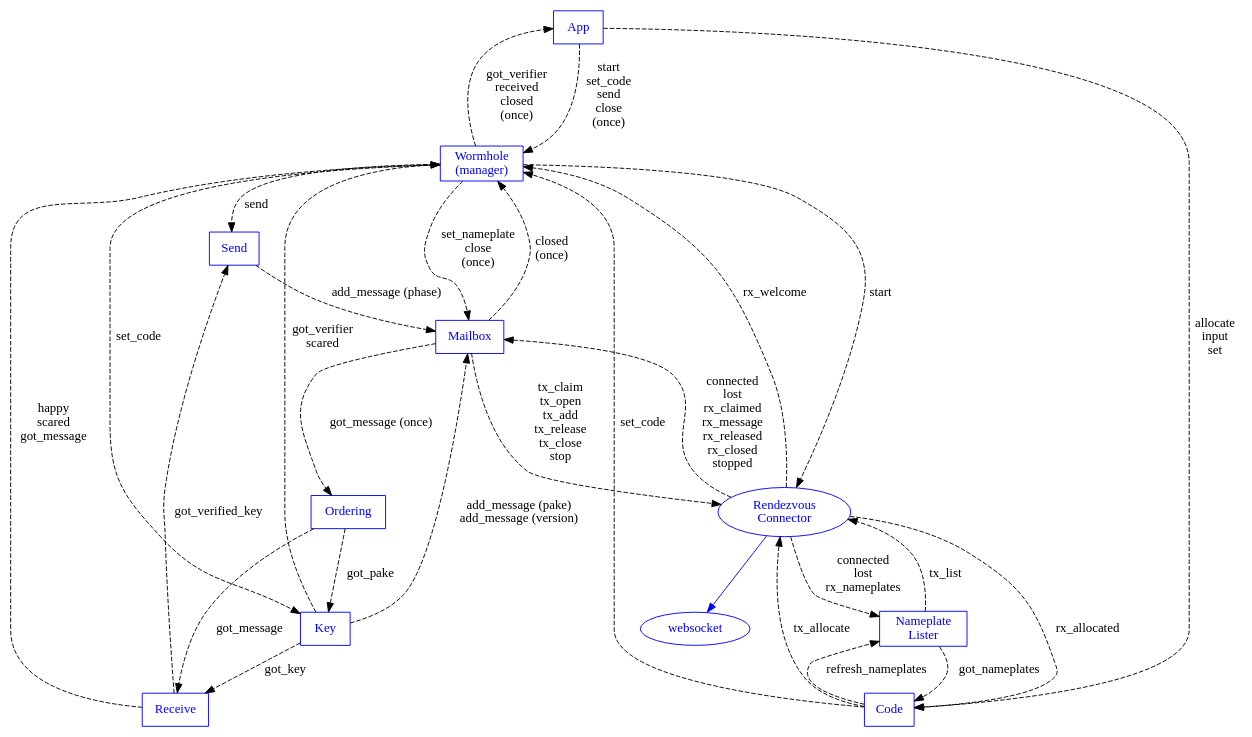
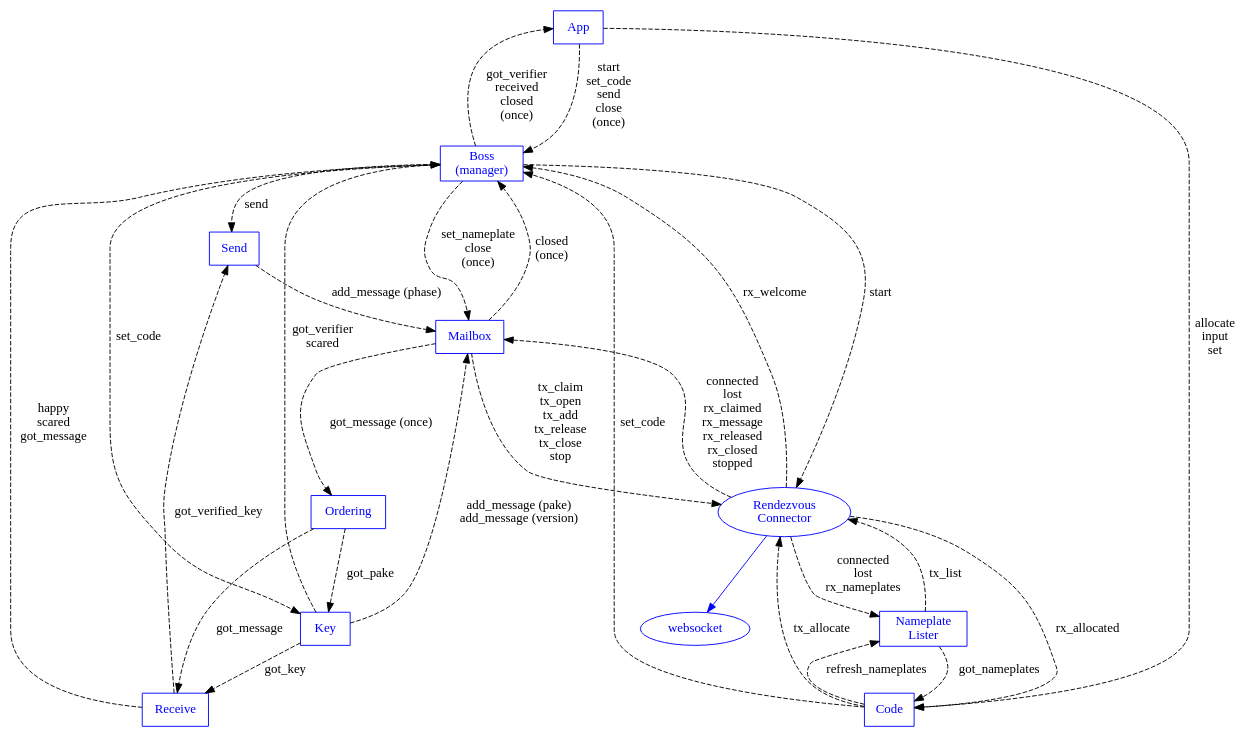
One commit to magic-wormhole/magic-wormhole changed the diagram in docs/machines.dot. Above: the diagram before and after it, drawn with Graphviz. The commit also changed 11 other files, not shown here.

Commit message:
rename Wormhole (machine) to Boss, leave room for higher-level thing

```diff
--- a/docs/machines.dot
+++ b/docs/machines.dot
@@ -1,82 +1,82 @@
 digraph {
         App [shape="box" color="blue" fontcolor="blue"]
-        Wormhole [shape="box" label="Wormhole\n(manager)"
+        Boss [shape="box" label="Boss\n(manager)"
                   color="blue" fontcolor="blue"]
         Mailbox [shape="box" color="blue" fontcolor="blue"]
         Connection [label="Rendezvous\nConnector"
                     shape="oval" color="blue" fontcolor="blue"]
         websocket [color="blue" fontcolor="blue"]
         Order [shape="box" label="Ordering" color="blue" fontcolor="blue"]
         Key [shape="box" label="Key" color="blue" fontcolor="blue"]
         Send [shape="box" label="Send" color="blue" fontcolor="blue"]
         Receive [shape="box" label="Receive" color="blue" fontcolor="blue"]
         Code [shape="box" label="Code" color="blue" fontcolor="blue"]
         Nameplates [shape="box" label="Nameplate\nLister"
                     color="blue" fontcolor="blue"
                     ]
 
         Connection -> websocket [color="blue"]
         #Connection -> Order [color="blue"]
 
-        App -> Wormhole [style="dashed" label="start\nset_code\nsend\nclose\n(once)"]
-        #App -> Wormhole [color="blue"]
-        Wormhole -> App [style="dashed" label="got_verifier\nreceived\nclosed\n(once)"]
+        App -> Boss [style="dashed" label="start\nset_code\nsend\nclose\n(once)"]
+        #App -> Boss [color="blue"]
+        Boss -> App [style="dashed" label="got_verifier\nreceived\nclosed\n(once)"]
 
-        #Wormhole -> Connection [color="blue"]
-        Wormhole -> Connection [style="dashed" label="start"]
-        Connection -> Wormhole [style="dashed" label="rx_welcome"]
+        #Boss -> Connection [color="blue"]
+        Boss -> Connection [style="dashed" label="start"]
+        Connection -> Boss [style="dashed" label="rx_welcome"]
 
-        Wormhole -> Send [style="dashed" label="send"]
+        Boss -> Send [style="dashed" label="send"]
 
-        Wormhole -> Mailbox [style="dashed"
+        Boss -> Mailbox [style="dashed"
                              label="set_nameplate\nclose\n(once)"
                              ]
-        #Wormhole -> Mailbox [color="blue"]
-        Mailbox -> Wormhole [style="dashed" label="closed\n(once)"]
+        #Boss -> Mailbox [color="blue"]
+        Mailbox -> Boss [style="dashed" label="closed\n(once)"]
         Mailbox -> Order [style="dashed" label="got_message (once)"]
-        Wormhole -> Key [style="dashed" label="set_code"]
-        Key -> Wormhole [style="dashed" label="got_verifier\nscared"]
+        Boss -> Key [style="dashed" label="set_code"]
+        Key -> Boss [style="dashed" label="got_verifier\nscared"]
         Order -> Key [style="dashed" label="got_pake"]
         Order -> Receive [style="dashed" label="got_message"]
-        #Wormhole -> Key [color="blue"]
+        #Boss -> Key [color="blue"]
         Key -> Mailbox [style="dashed" label="add_message (pake)\nadd_message (version)"]
         Receive -> Send [style="dashed" label="got_verified_key"]
         Send -> Mailbox [style="dashed" label="add_message (phase)"]
 
         Key -> Receive [style="dashed" label="got_key"]
-        Receive -> Wormhole [style="dashed"
+        Receive -> Boss [style="dashed"
                              label="happy\nscared\ngot_message"]
 
         Mailbox -> Connection [style="dashed"
                                label="tx_claim\ntx_open\ntx_add\ntx_release\ntx_close\nstop"
                                ]
         Connection -> Mailbox [style="dashed"
                                label="connected\nlost\nrx_claimed\nrx_message\nrx_released\nrx_closed\nstopped"]
 
         Connection -> Nameplates [style="dashed"
                                   label="connected\nlost\nrx_nameplates"
                                   ]
         Nameplates -> Connection [style="dashed"
                                   label="tx_list"
                                   ]
 
-        #Wormhole -> Code [color="blue"]
+        #Boss -> Code [color="blue"]
         Code -> Connection [style="dashed"
                             label="tx_allocate"
                             ]
         Connection -> Code [style="dashed"
                             label="rx_allocated"]
         Nameplates -> Code [style="dashed"
                             label="got_nameplates"
                             ]
         #Code -> Nameplates [color="blue"]
         Code -> Nameplates [style="dashed"
                             label="refresh_nameplates"
                             ]
-        Code -> Wormhole [style="dashed"
+        Code -> Boss [style="dashed"
                           label="set_code"]
         App -> Code [style="dashed"
                      label="allocate\ninput\nset"]
 
 
 }
```
